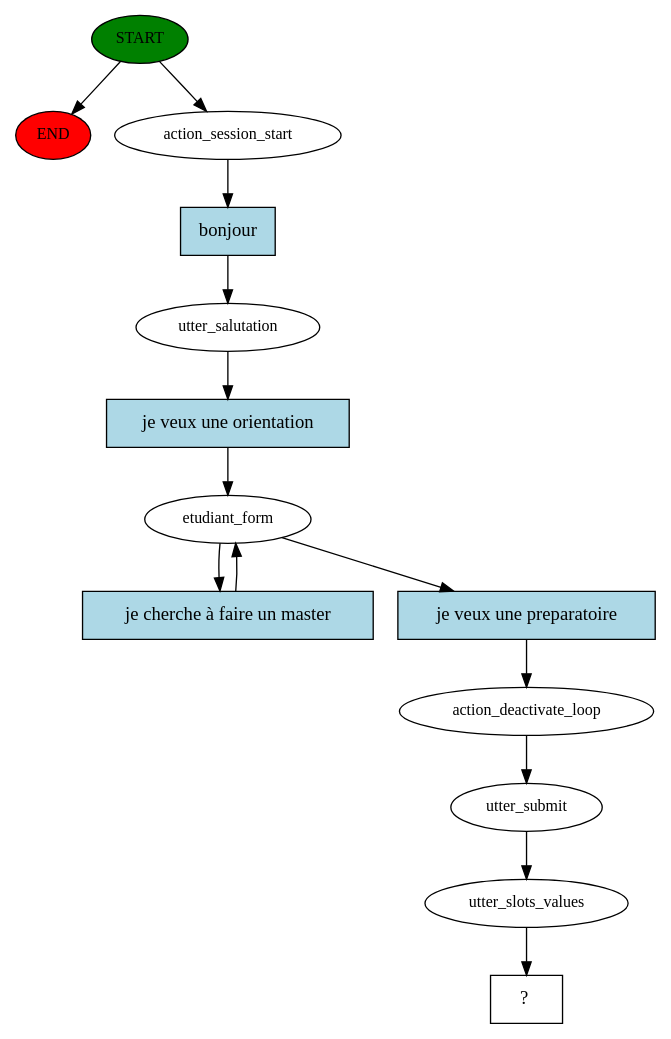
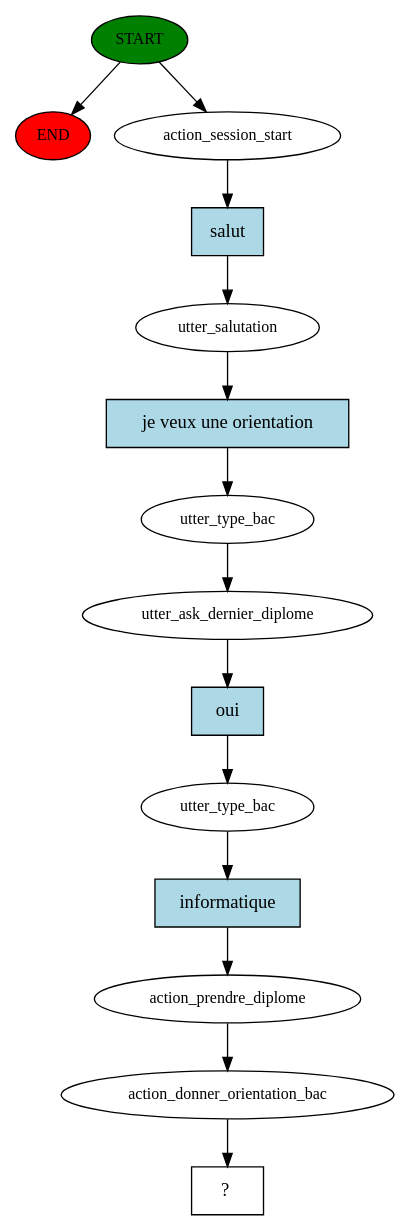
The diagram in story_graph.dot (MarouaneAyech/chatbot-friday), drawn with Graphviz before and after one commit. The commit also changed 8 other files, not shown here.

```diff
--- a/story_graph.dot
+++ b/story_graph.dot
@@ -1,28 +1,29 @@
 digraph  {
 0 [class="start active", fillcolor=green, fontsize=12, label=START, style=filled];
 "-1" [class=end, fillcolor=red, fontsize=12, label=END, style=filled];
 1 [class=active, fontsize=12, label=action_session_start];
 2 [class=active, fontsize=12, label=utter_salutation];
-3 [class=active, fontsize=12, label=etudiant_form];
-8 [class=active, fontsize=12, label=action_deactivate_loop];
-9 [class=active, fontsize=12, label=utter_submit];
-10 [class=active, fontsize=12, label=utter_slots_values];
-11 [class="intent dashed active", label="  ?  ", shape=rect];
-12 [class="intent active", fillcolor=lightblue, label=bonjour, shape=rect, style=filled];
-13 [class="intent active", fillcolor=lightblue, label="je veux une orientation", shape=rect, style=filled];
-14 [class="intent active", fillcolor=lightblue, label="je cherche à faire un master", shape=rect, style=filled];
-15 [class="intent active", fillcolor=lightblue, label="je veux une preparatoire", shape=rect, style=filled];
+3 [class=active, fontsize=12, label=utter_type_bac];
+4 [class=active, fontsize=12, label=utter_ask_dernier_diplome];
+5 [class=active, fontsize=12, label=utter_type_bac];
+6 [class=active, fontsize=12, label=action_prendre_diplome];
+7 [class=active, fontsize=12, label=action_donner_orientation_bac];
+8 [class="intent dashed active", label="  ?  ", shape=rect];
+9 [class="intent active", fillcolor=lightblue, label=salut, shape=rect, style=filled];
+10 [class="intent active", fillcolor=lightblue, label="je veux une orientation", shape=rect, style=filled];
+11 [class="intent active", fillcolor=lightblue, label=oui, shape=rect, style=filled];
+12 [class="intent active", fillcolor=lightblue, label=informatique, shape=rect, style=filled];
 0 -> "-1"  [class="", key=NONE, label=""];
 0 -> 1  [class=active, key=NONE, label=""];
-1 -> 12  [class=active, key=0];
-2 -> 13  [class=active, key=0];
-3 -> 14  [class=active, key=0];
-3 -> 15  [class=active, key=0];
-8 -> 9  [class=active, key=NONE, label=""];
-9 -> 10  [class=active, key=NONE, label=""];
-10 -> 11  [class=active, key=NONE, label=""];
-12 -> 2  [class=active, key=0];
-13 -> 3  [class=active, key=0];
-14 -> 3  [class=active, key=0];
-15 -> 8  [class=active, key=0];
+1 -> 9  [class=active, key=0];
+2 -> 10  [class=active, key=0];
+3 -> 4  [class=active, key=NONE, label=""];
+4 -> 11  [class=active, key=0];
+5 -> 12  [class=active, key=0];
+6 -> 7  [class=active, key=NONE, label=""];
+7 -> 8  [class=active, key=NONE, label=""];
+9 -> 2  [class=active, key=0];
+10 -> 3  [class=active, key=0];
+11 -> 5  [class=active, key=0];
+12 -> 6  [class=active, key=0];
 }
```
